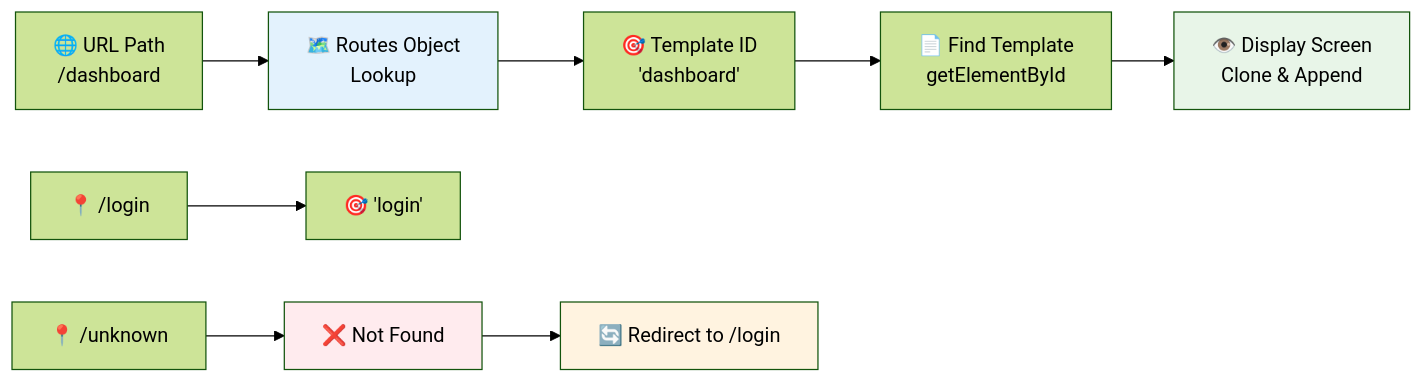
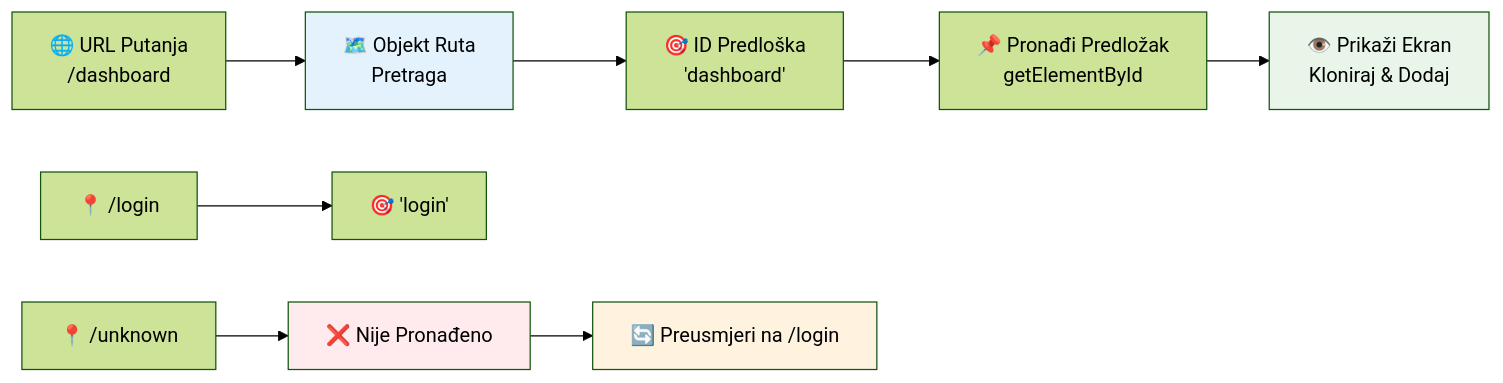
Before and after one commit to microsoft/Web-Dev-For-Beginners: the fifth of 9 diagrams in translations/hr/7-bank-project/1-template-route/README.md, drawn with Mermaid (forest theme). The commit also changed other lines of this file and 41 other files, not shown here.

````diff
--- a/translations/hr/7-bank-project/1-template-route/README.md
+++ b/translations/hr/7-bank-project/1-template-route/README.md
@@ -269,16 +344,16 @@
 ```mermaid
 flowchart LR
-    A["🌐 URL Path<br/>/dashboard"] --> B["🗺️ Routes Object<br/>Lookup"]
-    B --> C["🎯 Template ID<br/>'dashboard'"]
-    C --> D["📄 Find Template<br/>getElementById"]
-    D --> E["👁️ Display Screen<br/>Clone & Append"]
+    A["🌐 URL Putanja<br/>/dashboard"] --> B["🗺️ Objekt Ruta<br/>Pretraga"]
+    B --> C["🎯 ID Predloška<br/>'dashboard'"]
+    C --> D["📌 Pronađi Predložak<br/>getElementById"]
+    D --> E["👁️ Prikaži Ekran<br/>Kloniraj & Dodaj"]
     
     F["📍 /login"] --> G["🎯 'login'"]
-    H["📍 /unknown"] --> I["❌ Not Found"]
-    I --> J["🔄 Redirect to /login"]
+    H["📍 /unknown"] --> I["❌ Nije Pronađeno"]
+    I --> J["🔄 Preusmjeri na /login"]
     
     style B fill:#e3f2fd
     style E fill:#e8f5e8
     style I fill:#ffebee
     style J fill:#fff3e0
 ```
````
